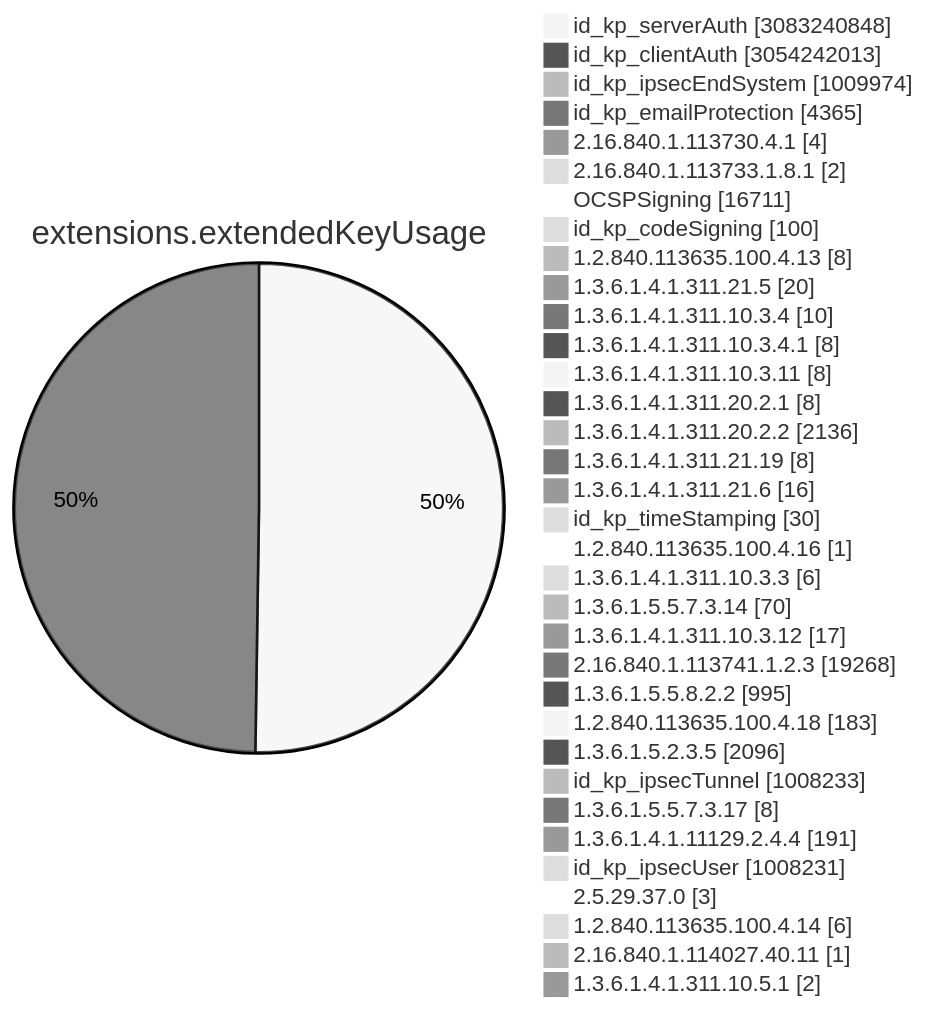
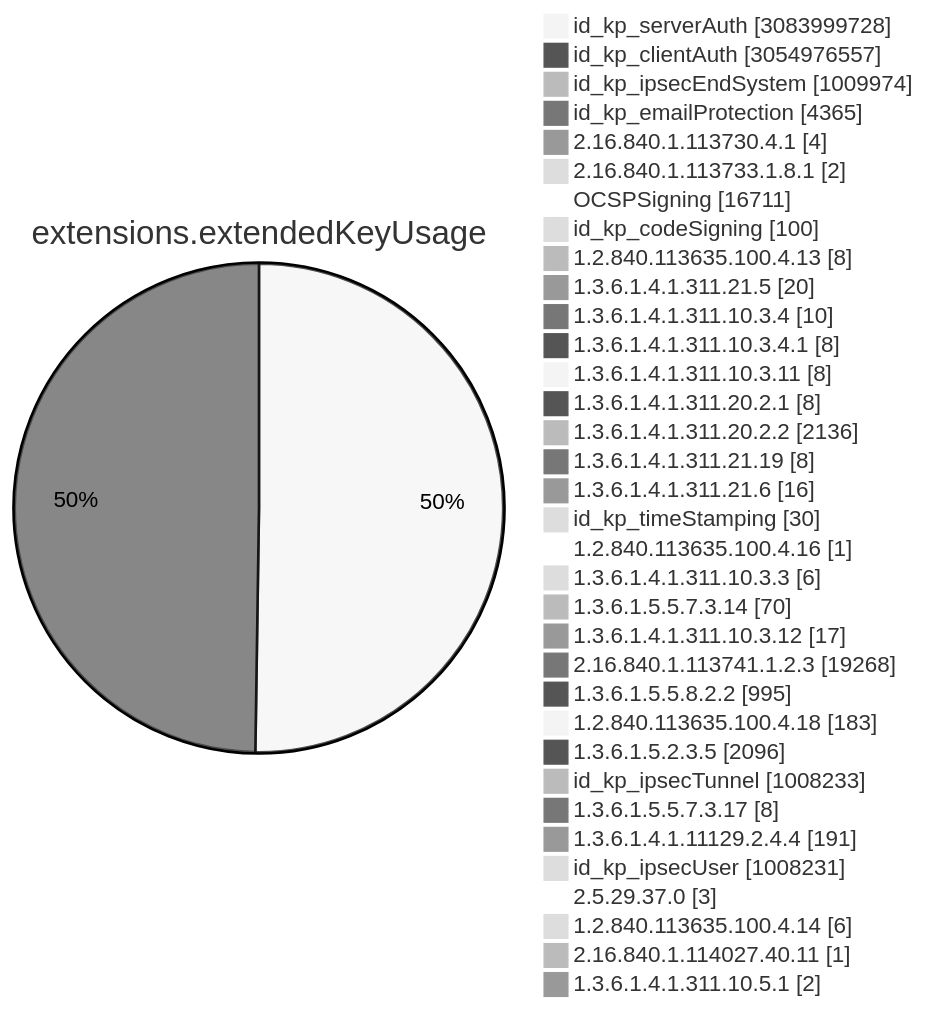
Before and after one commit to christiankrug/ctmonitor_visualization: diagram 11 of 15 in TOTAL/README.md, drawn with Mermaid (neutral theme). The commit also changed other lines of this file, not shown here.

````diff
--- a/TOTAL/README.md
+++ b/TOTAL/README.md
@@ -4117,38 +4117,38 @@
 ```mermaid
 pie showData
 title extensions.extendedKeyUsage
-"id_kp_serverAuth" :3083240848
-"id_kp_clientAuth" :3054242013
+"id_kp_serverAuth" :3083999728
+"id_kp_clientAuth" :3054976557
 "id_kp_ipsecEndSystem" :1009974
 "id_kp_emailProtection" :4365
 "2.16.840.1.113730.4.1" :4
 "2.16.840.1.113733.1.8.1" :2
 "OCSPSigning" :16711
 "id_kp_codeSigning" :100
 "1.2.840.113635.100.4.13" :8
 "1.3.6.1.4.1.311.21.5" :20
 "1.3.6.1.4.1.311.10.3.4" :10
 "1.3.6.1.4.1.311.10.3.4.1" :8
 "1.3.6.1.4.1.311.10.3.11" :8
 "1.3.6.1.4.1.311.20.2.1" :8
 "1.3.6.1.4.1.311.20.2.2" :2136
 "1.3.6.1.4.1.311.21.19" :8
 "1.3.6.1.4.1.311.21.6" :16
 "id_kp_timeStamping" :30
 "1.2.840.113635.100.4.16" :1
 "1.3.6.1.4.1.311.10.3.3" :6
 "1.3.6.1.5.5.7.3.14" :70
 "1.3.6.1.4.1.311.10.3.12" :17
 "2.16.840.1.113741.1.2.3" :19268
 "1.3.6.1.5.5.8.2.2" :995
 "1.2.840.113635.100.4.18" :183
 "1.3.6.1.5.2.3.5" :2096
 "id_kp_ipsecTunnel" :1008233
 "1.3.6.1.5.5.7.3.17" :8
 "1.3.6.1.4.1.11129.2.4.4" :191
 "id_kp_ipsecUser" :1008231
 "2.5.29.37.0" :3
 "1.2.840.113635.100.4.14" :6
 "2.16.840.1.114027.40.11" :1
 "1.3.6.1.4.1.311.10.5.1" :2
 ```
````
